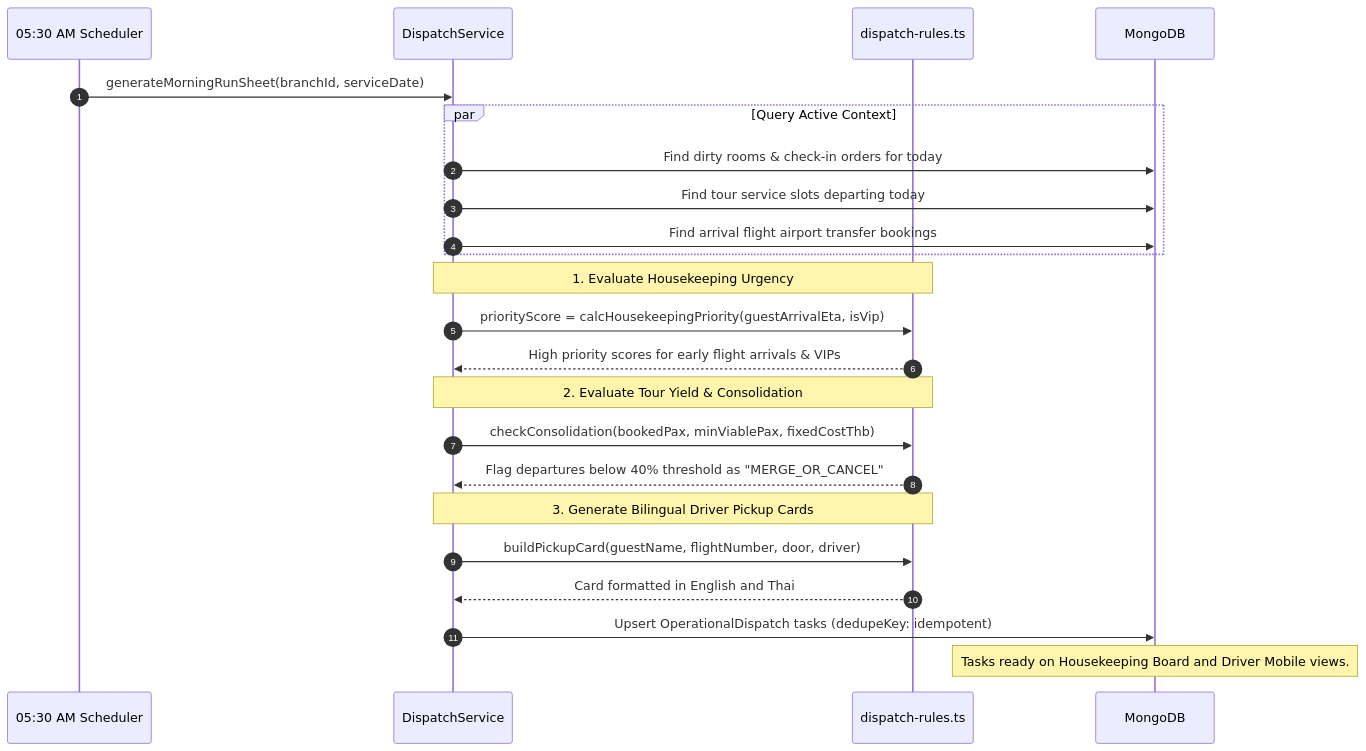
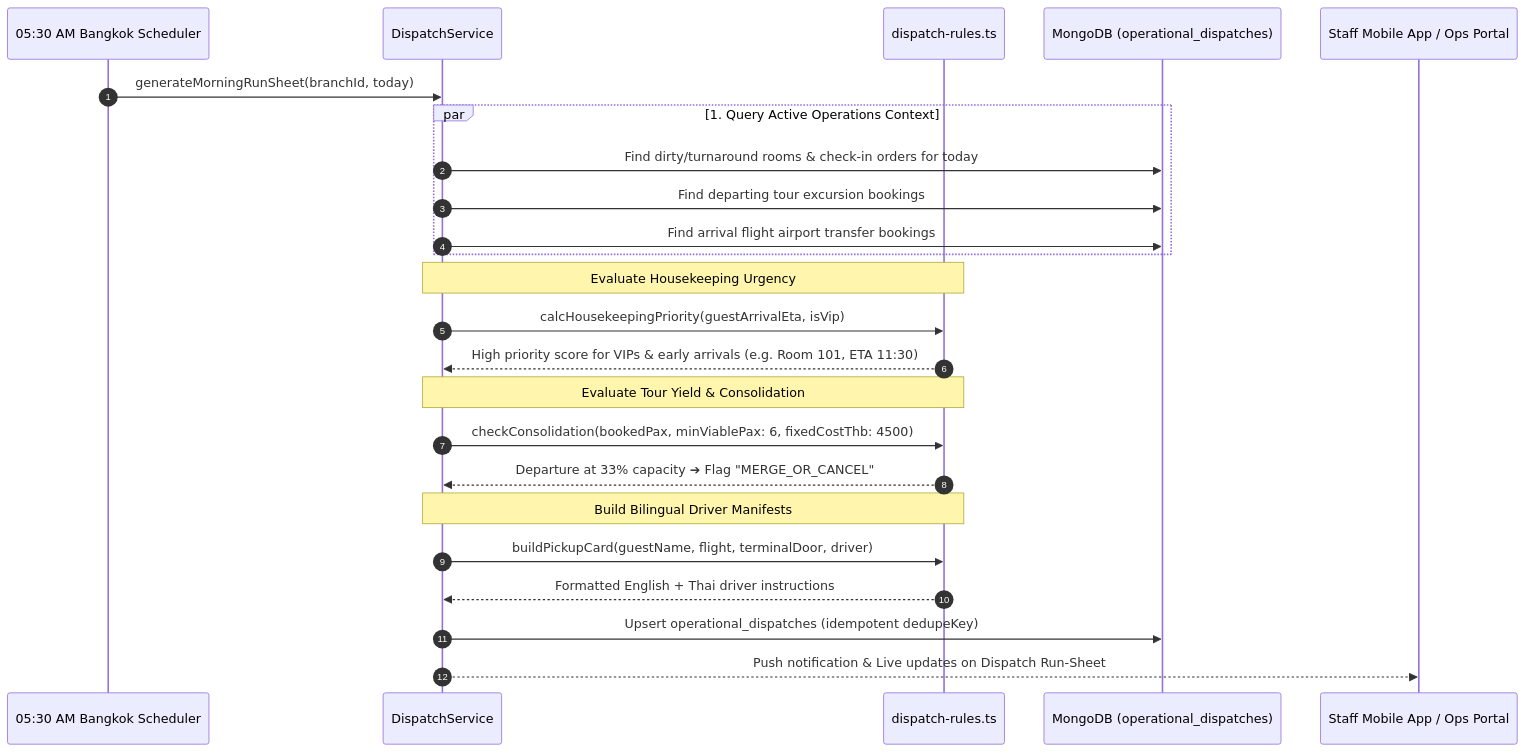
Before and after one commit to LynnT-2003/yoonie-frontend: the fifth of 7 diagrams in docs/SYSTEM_FLOWS.md, drawn with Mermaid. The commit also changed other lines of this file and 15 other files, not shown here.

````diff
--- a/docs/SYSTEM_FLOWS.md
+++ b/docs/SYSTEM_FLOWS.md
@@ -146,31 +163,32 @@
 ```mermaid
 sequenceDiagram
     autonumber
-    participant Cron as 05:30 AM Scheduler
+    participant Cron as 05:30 AM Bangkok Scheduler
     participant Dispatch as DispatchService
     participant Rules as dispatch-rules.ts
-    participant DB as MongoDB
+    participant DB as MongoDB (operational_dispatches)
+    participant StaffUI as Staff Mobile App / Ops Portal
 
-    Cron->>Dispatch: generateMorningRunSheet(branchId, serviceDate)
+    Cron->>Dispatch: generateMorningRunSheet(branchId, today)
     
-    par Query Active Context
-        Dispatch->>DB: Find dirty rooms & check-in orders for today
-        Dispatch->>DB: Find tour service slots departing today
+    par 1. Query Active Operations Context
+        Dispatch->>DB: Find dirty/turnaround rooms & check-in orders for today
+        Dispatch->>DB: Find departing tour excursion bookings
         Dispatch->>DB: Find arrival flight airport transfer bookings
     end
 
-    Note over Dispatch,Rules: 1. Evaluate Housekeeping Urgency
-    Dispatch->>Rules: priorityScore = calcHousekeepingPriority(guestArrivalEta, isVip)
-    Rules-->>Dispatch: High priority scores for early flight arrivals & VIPs
+    Note over Dispatch,Rules: Evaluate Housekeeping Urgency
+    Dispatch->>Rules: calcHousekeepingPriority(guestArrivalEta, isVip)
+    Rules-->>Dispatch: High priority score for VIPs & early arrivals (e.g. Room 101, ETA 11:30)
 
-    Note over Dispatch,Rules: 2. Evaluate Tour Yield & Consolidation
-    Dispatch->>Rules: checkConsolidation(bookedPax, minViablePax, fixedCostThb)
-    Rules-->>Dispatch: Flag departures below 40% threshold as "MERGE_OR_CANCEL"
+    Note over Dispatch,Rules: Evaluate Tour Yield & Consolidation
+    Dispatch->>Rules: checkConsolidation(bookedPax, minViablePax: 6, fixedCostThb: 4500)
+    Rules-->>Dispatch: Departure at 33% capacity ➔ Flag "MERGE_OR_CANCEL"
 
-    Note over Dispatch,Rules: 3. Generate Bilingual Driver Pickup Cards
-    Dispatch->>Rules: buildPickupCard(guestName, flightNumber, door, driver)
-    Rules-->>Dispatch: Card formatted in English and Thai
+    Note over Dispatch,Rules: Build Bilingual Driver Manifests
+    Dispatch->>Rules: buildPickupCard(guestName, flight, terminalDoor, driver)
+    Rules-->>Dispatch: Formatted English + Thai driver instructions
 
-    Dispatch->>DB: Upsert OperationalDispatch tasks (dedupeKey: idempotent)
-    Note over DB: Tasks ready on Housekeeping Board and Driver Mobile views.
+    Dispatch->>DB: Upsert operational_dispatches (idempotent dedupeKey)
+    Dispatch-->>StaffUI: Push notification & Live updates on Dispatch Run-Sheet
 ```
````
